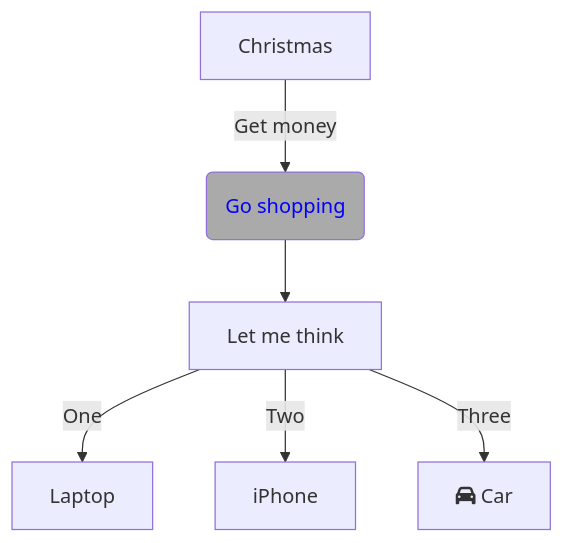
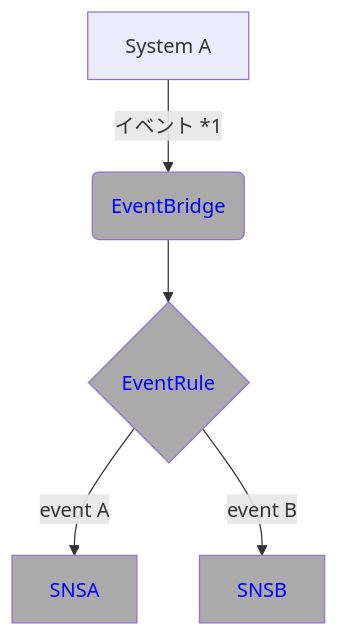
The second of 3 diagrams in README.md (suzukiken/mermaid-sample), drawn with Mermaid before and after one commit. The commit also changed other lines of this file, not shown here.

````diff
--- a/README.md
+++ b/README.md
@@ -14,10 +27,12 @@
 ```mermaid
-graph TD
-    A[Christmas] -->|Get money| B(Go shopping):::hyperlink
-    B --> C[Let me think]
-    C -->|One| D[Laptop]
-    C -->|Two| E[iPhone]
-    C -->|Three| F[fa:fa-car Car]
-      click B href "https://github.com/"
-      classDef hyperlink fill:#aaa, color:#00f;
+flowchart TD
+    classDef hyperlink fill:#aaa, color:#00f;
+    systemA[System A] -->|イベント *1| EVBG(EventBridge):::hyperlink
+    EVBG --> EventRule{EventRule}:::hyperlink
+    EventRule --> |event A| SNSA:::hyperlink
+    EventRule --> |event B| SNSB:::hyperlink
+    click EVBG href "https://github.com/"
+    click EventRule href "https://github.com/"
+    click SNSA href "https://github.com/"
+    click SNSB href "https://github.com/"
 ```
````
